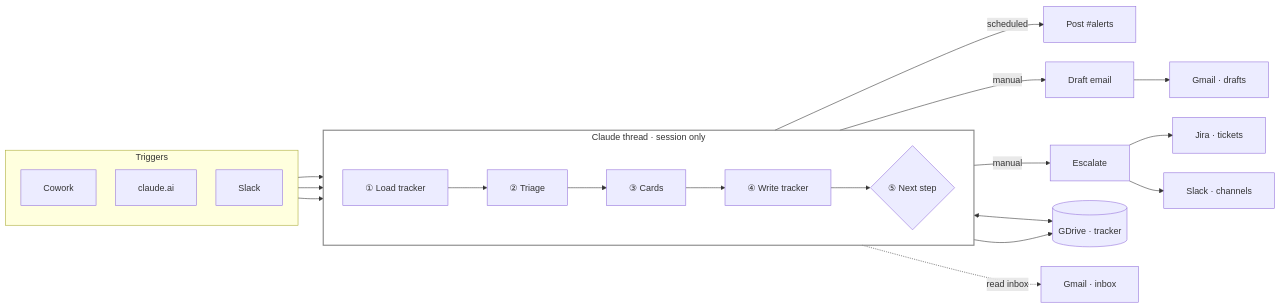
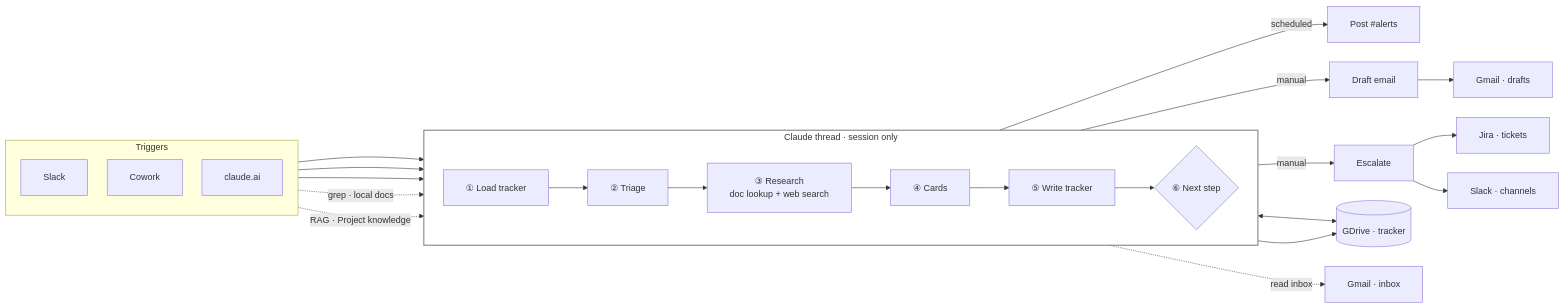
One commit to sangyoon-pak/sova_claude changed the diagram in SETUP-GUIDE.md. Above: the diagram before and after it, drawn with Mermaid. The commit also changed other lines of this file, not shown here.

First line of the commit message:
Refine architecture diagram with research step and clearer Slack routing.

````diff
--- a/SETUP-GUIDE.md
+++ b/SETUP-GUIDE.md
@@ -75,37 +82,41 @@
 ```mermaid
 ---
 config:
   flowchart:
     padding: 20
     nodeSpacing: 35
     rankSpacing: 45
 ---
 flowchart LR
     subgraph triggers["Triggers"]
         direction TB
+        T3["Slack"]
         T1["Cowork"]
         T2["claude.ai"]
-        T3["Slack"]
     end
 
     subgraph session["Claude thread · session only"]
         direction LR
-        S1["① Load tracker"] --> S2["② Triage"] --> S3["③ Cards"] --> S4["④ Write tracker"] --> S5{"⑤ Next step"}
+        S1["① Load tracker"] --> S2["② Triage"] --> S2b["③ Research<br/>doc lookup + web search"] --> S3["④ Cards"] --> S4["⑤ Write tracker"] --> S5{"⑥ Next step"}
     end
 
-    T1 & T2 & T3 --> S1
+    T3 --> S1
+    T1 & T2 --> S1
+
+    T1 -.->|grep · local docs| S2b
+    T2 -.->|RAG · Project knowledge| S2b
 
     S5 -->|scheduled| P1["Post #alerts"]
     S5 -->|manual| P2["Draft email"]
     S5 -->|manual| P3["Escalate"]
 
     P2 --> G1["Gmail · drafts"]
     P3 --> G2["Jira · tickets"]
     P3 --> G3["Slack · channels"]
 
     S1 <--> GD[("GDrive · tracker")]
     S4 --> GD
     S2 -.->|read inbox| G0["Gmail · inbox"]
 
     style session fill:none,stroke:#888,stroke-width:2px
 ```
````
